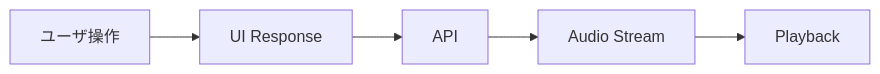
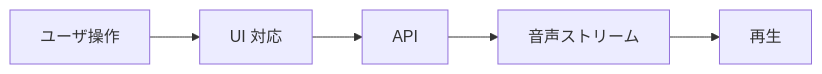
One commit to ShigeichiroYamasaki/creator-first-platform changed the third of 47 diagrams in docs/whitepaper/12-infrastructure-cost.md. Above: the diagram before and after it, drawn with Mermaid. The commit also changed other lines of this file and 72 other files, not shown here.

````diff
--- a/docs/whitepaper/12-infrastructure-cost.md
+++ b/docs/whitepaper/12-infrastructure-cost.md
@@ -99,10 +99,10 @@
 ```mermaid
 flowchart LR
     TAP[ユーザ操作]
-    UI[UI Response]
+    UI[UI 対応]
     API[API]
-    STREAM[Audio Stream]
-    PLAY[Playback]
+    STREAM[音声ストリーム]
+    PLAY[再生]
 
     TAP --> UI --> API --> STREAM --> PLAY
 ```
````
